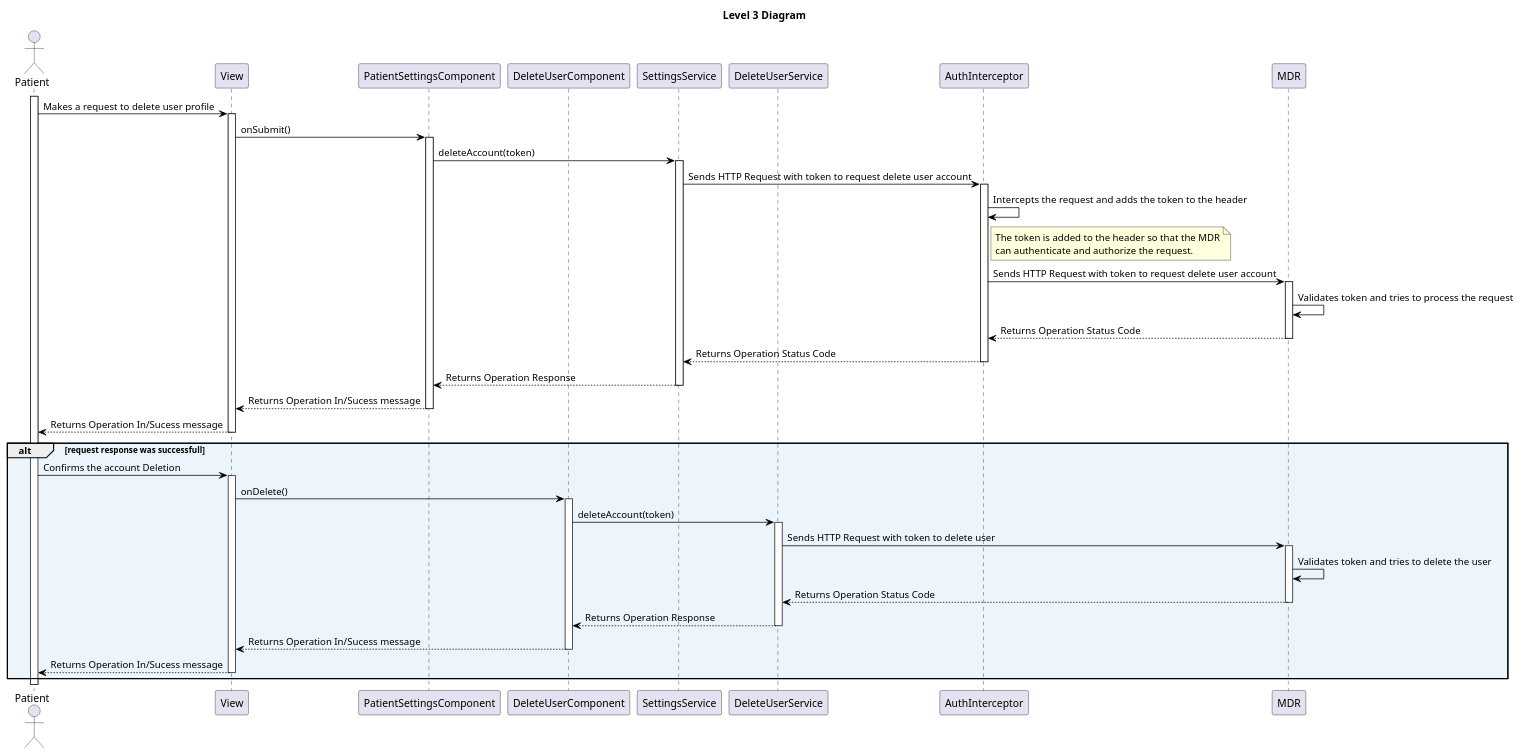
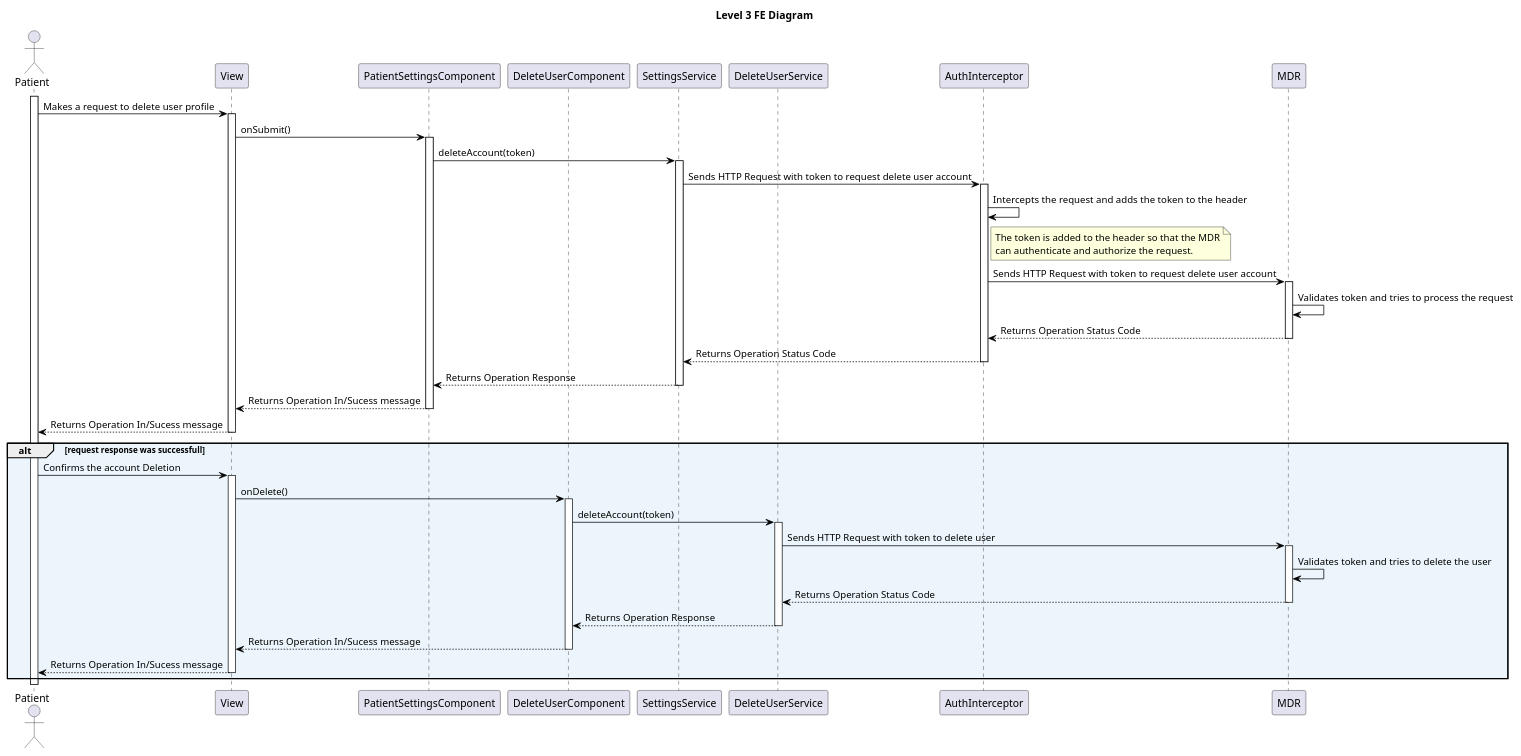
The diagram in docs/sprint_B/us_6.2.3/level_3/puml/level_3_FE.puml (vscosousa/LAPR5_3DC_G15), drawn with PlantUML before and after one commit. The commit also changed 9 other files, not shown here.

```diff
--- a/docs/sprint_B/us_6.2.3/level_3/puml/level_3_FE.puml
+++ b/docs/sprint_B/us_6.2.3/level_3/puml/level_3_FE.puml
@@ -1,75 +1,75 @@
-@startuml level_3
+@startuml level_3_FE
 
-title Level 3 Diagram
+title Level 3 FE Diagram
 
 hide empty members
 'skinparam Linetype ortho
 
 skinparam class {
     BackgroundColor<<valueObject>> #D6EAF8
     BackgroundColor<<root>> #FDEBD0
     BackgroundColor<<service>> #D1F2EB
     BackgroundColor #FEF9E7
     ArrowColor Black
 }
 
 skinparam package {
     BackgroundColor #EBF5FB
 }
 
 actor Patient as P
 participant "View" as V
 participant "PatientSettingsComponent" as PSC
 participant "DeleteUserComponent" as DUC
 participant "SettingsService" as SS
 participant "DeleteUserService" as DUS
 participant "AuthInterceptor" as AI
 participant "MDR" as MDR
 
 activate P
 P -> V: Makes a request to delete user profile
 activate V
 V -> PSC: onSubmit()
 activate PSC
 PSC -> SS: deleteAccount(token)
 activate SS
 SS -> AI: Sends HTTP Request with token to request delete user account
 activate AI
 AI -> AI: Intercepts the request and adds the token to the header
 note right of AI
     The token is added to the header so that the MDR
     can authenticate and authorize the request.
 end note
 AI -> MDR: Sends HTTP Request with token to request delete user account
 activate MDR
 MDR -> MDR: Validates token and tries to process the request
 MDR --> AI: Returns Operation Status Code
 deactivate MDR
 AI --> SS: Returns Operation Status Code
 deactivate AI
 SS --> PSC: Returns Operation Response
 deactivate SS
 PSC --> V: Returns Operation In/Sucess message
 deactivate PSC
 V --> P: Returns Operation In/Sucess message
 deactivate V
 alt request response was successfull
     P -> V: Confirms the account Deletion
     activate V 
     V -> DUC: onDelete()
     activate DUC
     DUC -> DUS: deleteAccount(token)
     activate DUS
     DUS -> MDR: Sends HTTP Request with token to delete user
     activate MDR
     MDR -> MDR: Validates token and tries to delete the user
     MDR --> DUS: Returns Operation Status Code
     deactivate MDR
     DUS --> DUC: Returns Operation Response
     deactivate DUS
     DUC --> V: Returns Operation In/Sucess message
     deactivate DUC
     V --> P: Returns Operation In/Sucess message
     deactivate V
 end
 @enduml
```
